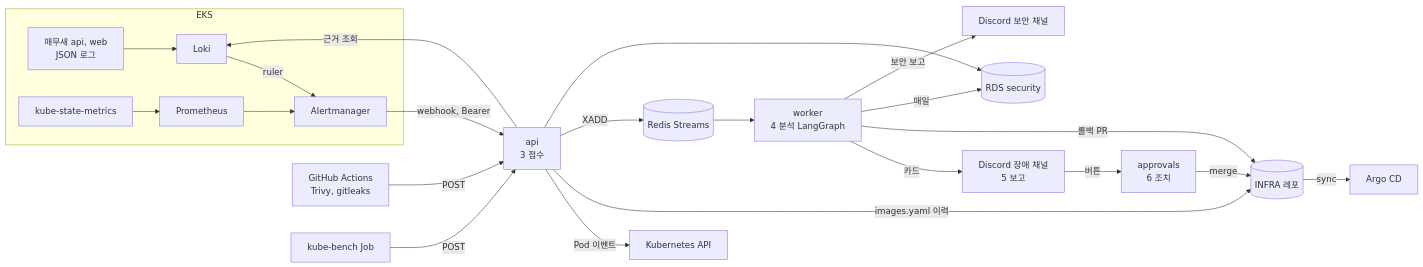
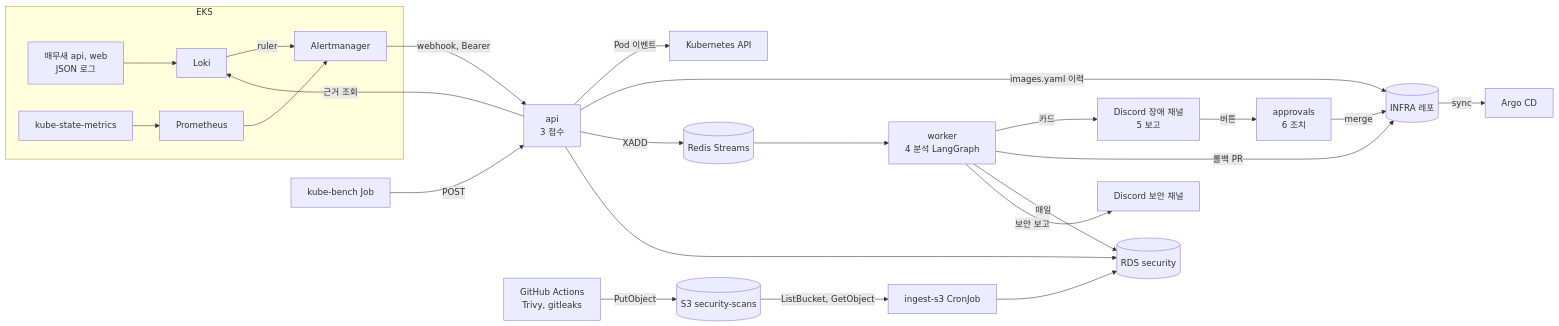
The diagram in README.md (saebyeok-baesong/OPS-maemusae), drawn with Mermaid before and after one commit. The commit also changed other lines of this file and 2 other files, not shown here.

````diff
--- a/README.md
+++ b/README.md
@@ -9,25 +9,27 @@
 ```mermaid
 flowchart LR
     subgraph EKS
       API_APP[매무새 api, web<br/>JSON 로그] --> LOKI[Loki]
       KSM[kube-state-metrics] --> PROM[Prometheus]
       LOKI -->|ruler| AM[Alertmanager]
       PROM --> AM
     end
     AM -->|webhook, Bearer| HOOK[api<br/>3 접수]
     HOOK -->|근거 조회| LOKI
     HOOK -->|Pod 이벤트| K8S[Kubernetes API]
     HOOK -->|images.yaml 이력| INFRA[(INFRA 레포)]
     HOOK -->|XADD| Q[(Redis Streams)]
     Q --> W[worker<br/>4 분석 LangGraph]
     W -->|카드| DC[Discord 장애 채널<br/>5 보고]
     W -->|롤백 PR| INFRA
     DC -->|버튼| BOT[approvals<br/>6 조치]
     BOT -->|merge| INFRA
     INFRA -->|sync| ARGO[Argo CD]
-    CI[GitHub Actions<br/>Trivy, gitleaks] -->|POST| HOOK
+    CI[GitHub Actions<br/>Trivy, gitleaks] -->|PutObject| S3[(S3 security-scans)]
+    S3 -->|ListBucket, GetObject| ING[ingest-s3 CronJob]
+    ING --> SDB[(RDS security)]
     KB[kube-bench Job] -->|POST| HOOK
-    HOOK --> SDB[(RDS security)]
+    HOOK --> SDB
     W -->|매일| SDB
     W -->|보안 보고| DS[Discord 보안 채널]
 ```
````
